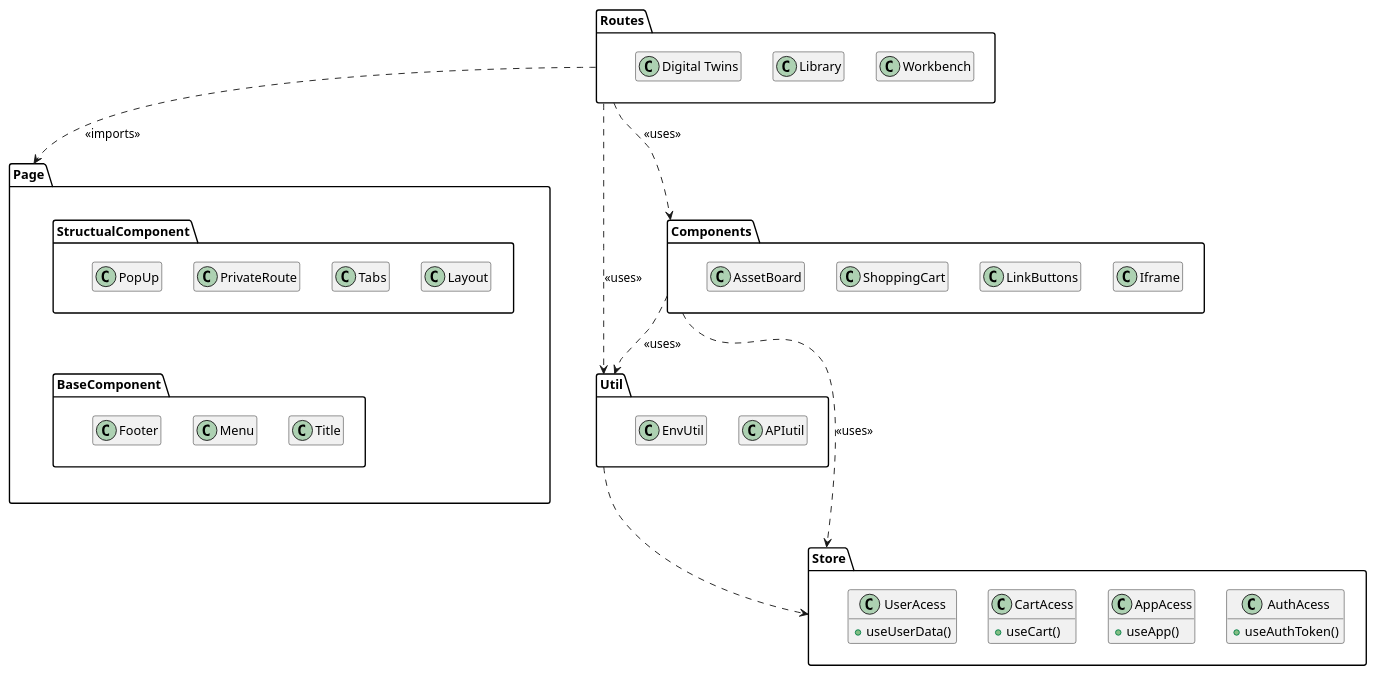
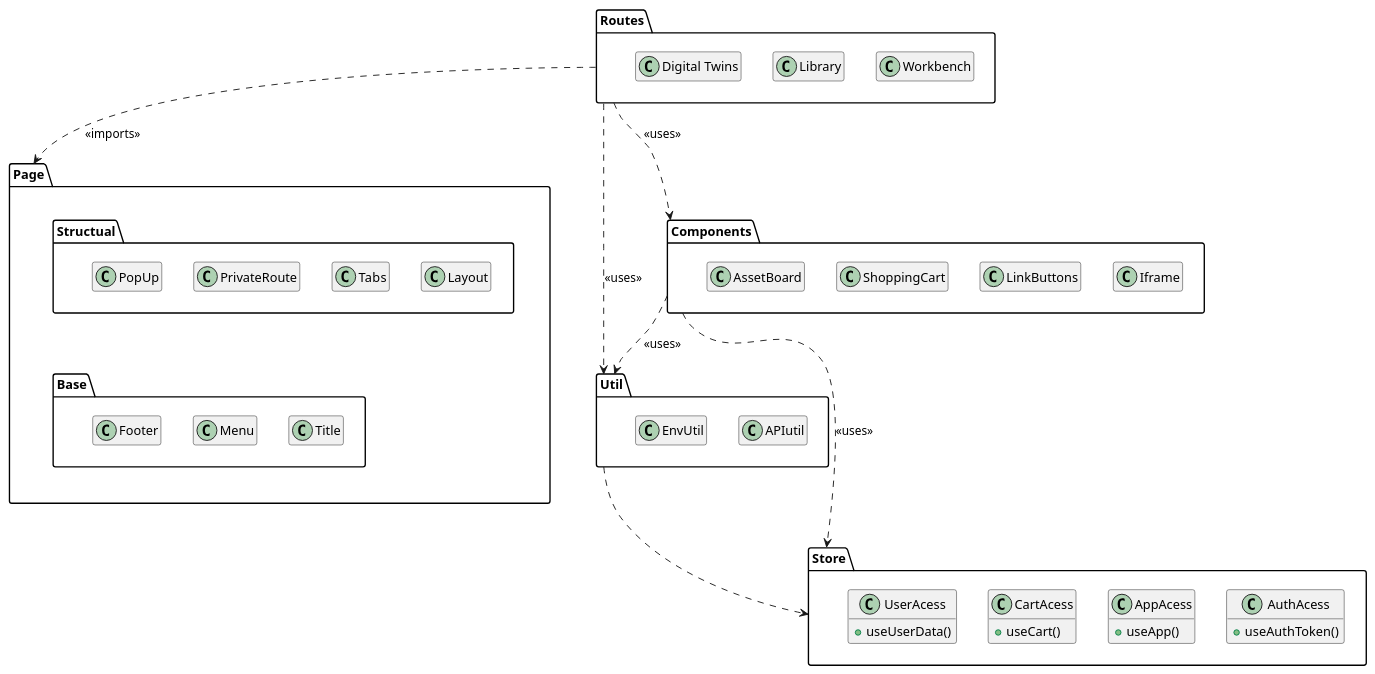
One commit to Bachelor-Project-INTO-CPS/DTaaS-Bachelor-new-GUI changed the diagram in docs/diagrams/client/Package_diagram.puml. Above: the diagram before and after it, drawn with PlantUML. The commit also changed 1 other file, not shown here.

```diff
--- a/docs/diagrams/client/Package_diagram.puml
+++ b/docs/diagrams/client/Package_diagram.puml
@@ -1,79 +1,79 @@
 @startuml package diagram for the frontend
 hide empty members
 
 
 package "Routes" { 
   class "Workbench"
   class "Library" 
   class "Digital Twins" as DT
   
   Workbench -l[hidden]- Library
   Library -l[hidden]- DT
 }
 
 package "Page" {
-  package "StructualComponent" {
+  package "Structual" {
     class Layout
     class Tabs
     class PrivateRoute
     class PopUp
     
     Layout -l[hidden]- Tabs
     Tabs -l[hidden]- PrivateRoute
   }
-  package "BaseComponent" {
+  package "Base" {
     class Footer
     class Menu
     class Title
     
     Title -l[hidden]- Menu
     Menu -l[hidden]- Footer
   }
   
-  StructualComponent --[hidden] BaseComponent
+  Structual --[hidden] Base
 }
 
 package "Util" {
   class APIutil
   class EnvUtil
   
   APIutil -l[hidden]- EnvUtil
 }
 
 package "Components" {
   class Iframe
   class LinkButtons
   class ShoppingCart
   class AssetBoard
   
   Iframe -l[hidden] LinkButtons
   LinkButtons -l[hidden] ShoppingCart
   ShoppingCart -l[hidden] AssetBoard
 }
 
 package "Store" {
   class AuthAcess {
    + useAuthToken()
   }
   class AppAcess {
     + useApp()
   }
   class CartAcess {
     + useCart()
   }
   class UserAcess {
     + useUserData()
   }
   
   AuthAcess -l[hidden] AppAcess
   AppAcess -l[hidden] CartAcess
   CartAcess -l[hidden] UserAcess
 }
 
 Routes ..> Page : <<imports>>
 Routes ..> Util : <<uses>>
 Routes ..> Components : <<uses>>
 Util ..> Store
 Components ..> Util : <<uses>>
 Components ..> Store : <<uses>>
 @enduml
```
